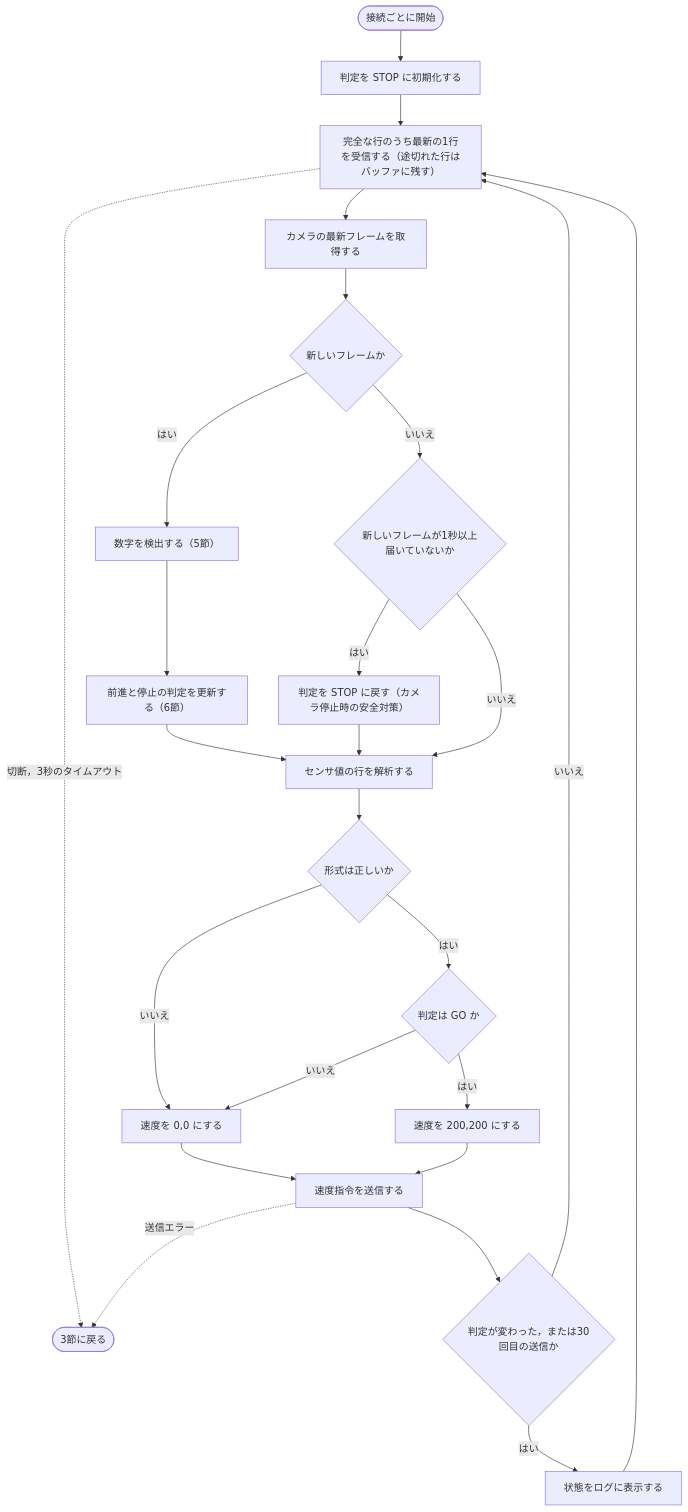
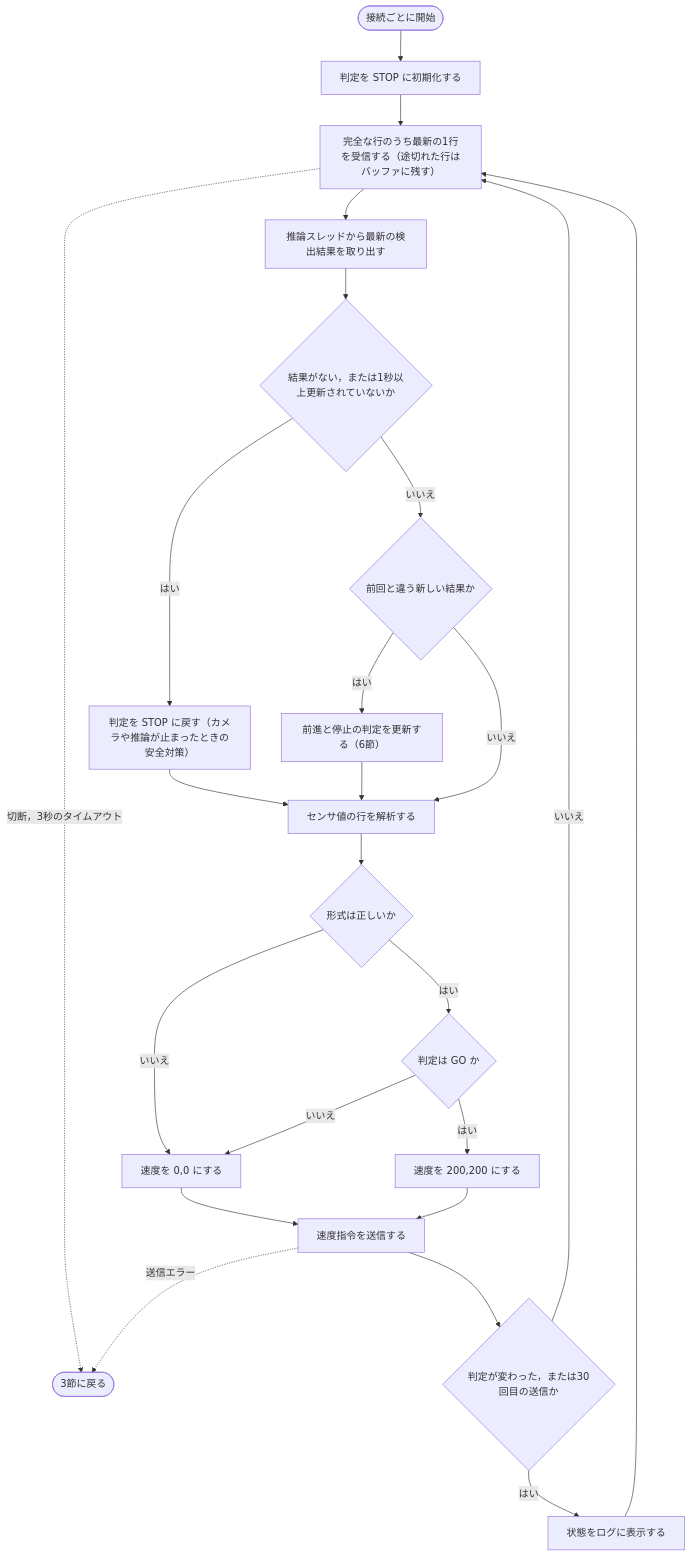
One commit to kurumasora/ev3 changed the fourth of 9 diagrams in docs/flowchart/flowchart.md. Above: the diagram before and after it, drawn with Mermaid. The commit also changed other lines of this file, not shown here.

Commit message:
update flowchart

````diff
--- a/docs/flowchart/flowchart.md
+++ b/docs/flowchart/flowchart.md
@@ -109,27 +118,26 @@
 ```mermaid
 flowchart TD
     S(["接続ごとに開始"]) --> I1["判定を STOP に初期化する"]
     I1 --> R1["完全な行のうち最新の1行を受信する（途切れた行はバッファに残す）"]
     R1 -. "切断，3秒のタイムアウト" .-> X(["3節に戻る"])
-    R1 --> F1["カメラの最新フレームを取得する"]
-    F1 --> D1{"新しいフレームか"}
-    D1 -- "はい" --> F2["数字を検出する（5節）"]
-    F2 --> F3["前進と停止の判定を更新する（6節）"]
+    R1 --> F1["推論スレッドから最新の検出結果を取り出す"]
+    F1 --> D2{"結果がない，または1秒以上更新されていないか"}
+    D2 -- "はい" --> F4["判定を STOP に戻す（カメラや推論が止まったときの安全対策）"]
+    F4 --> P1
+    D2 -- "いいえ" --> D1{"前回と違う新しい結果か"}
+    D1 -- "はい" --> F3["前進と停止の判定を更新する（6節）"]
     F3 --> P1
-    D1 -- "いいえ" --> D2{"新しいフレームが1秒以上届いていないか"}
-    D2 -- "はい" --> F4["判定を STOP に戻す（カメラ停止時の安全対策）"]
-    F4 --> P1
-    D2 -- "いいえ" --> P1
+    D1 -- "いいえ" --> P1
     P1["センサ値の行を解析する"] --> D3{"形式は正しいか"}
     D3 -- "いいえ" --> V1["速度を 0,0 にする"]
     D3 -- "はい" --> D4{"判定は GO か"}
     D4 -- "はい" --> V2["速度を 200,200 にする"]
     D4 -- "いいえ" --> V1
     V1 --> T1["速度指令を送信する"]
     V2 --> T1
     T1 -. "送信エラー" .-> X
     T1 --> D5{"判定が変わった，または30回目の送信か"}
     D5 -- "はい" --> T2["状態をログに表示する"]
     D5 -- "いいえ" --> R1
     T2 --> R1
 ```
````
